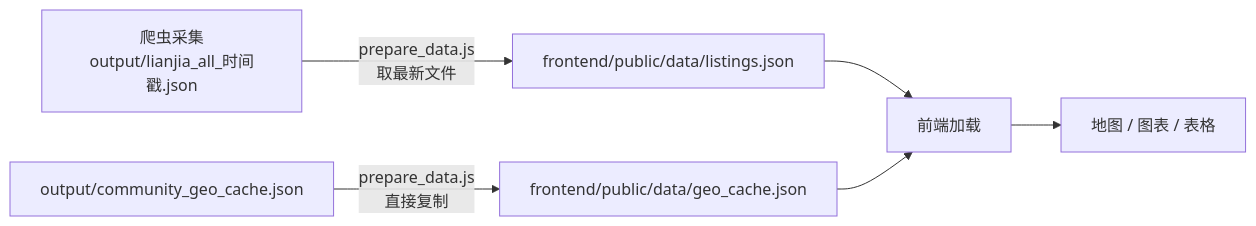
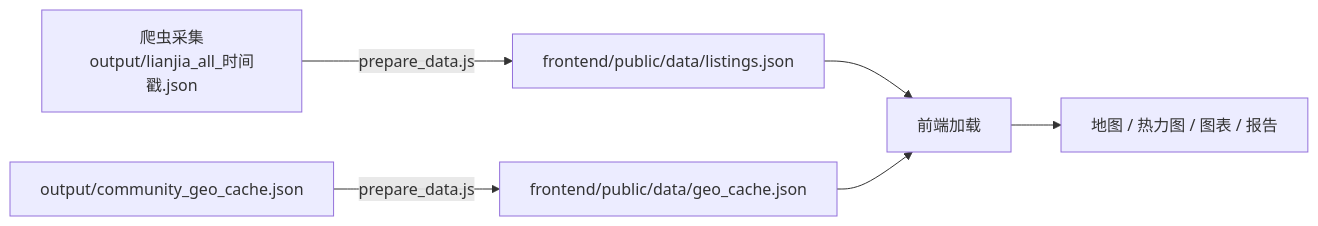
One commit to xiumuzhao-lab/rent_guide_china changed the diagram in README.md. Above: the diagram before and after it, drawn with Mermaid. The commit also changed other lines of this file and 7 other files, not shown here.

````diff
--- a/README.md
+++ b/README.md
@@ -254,8 +272,8 @@
 ```mermaid
 graph LR
-    A["爬虫采集<br/>output/lianjia_all_时间戳.json"] -->|"prepare_data.js<br/>取最新文件"| B["frontend/public/data/listings.json"]
-    C["output/community_geo_cache.json"] -->|"prepare_data.js<br/>直接复制"| D["frontend/public/data/geo_cache.json"]
+    A["爬虫采集<br/>output/lianjia_all_时间戳.json"] -->|"prepare_data.js"| B["frontend/public/data/listings.json"]
+    C["output/community_geo_cache.json"] -->|"prepare_data.js"| D["frontend/public/data/geo_cache.json"]
     B --> E["前端加载"]
     D --> E
-    E --> F["地图 / 图表 / 表格"]
+    E --> F["地图 / 热力图 / 图表 / 报告"]
 ```
````
